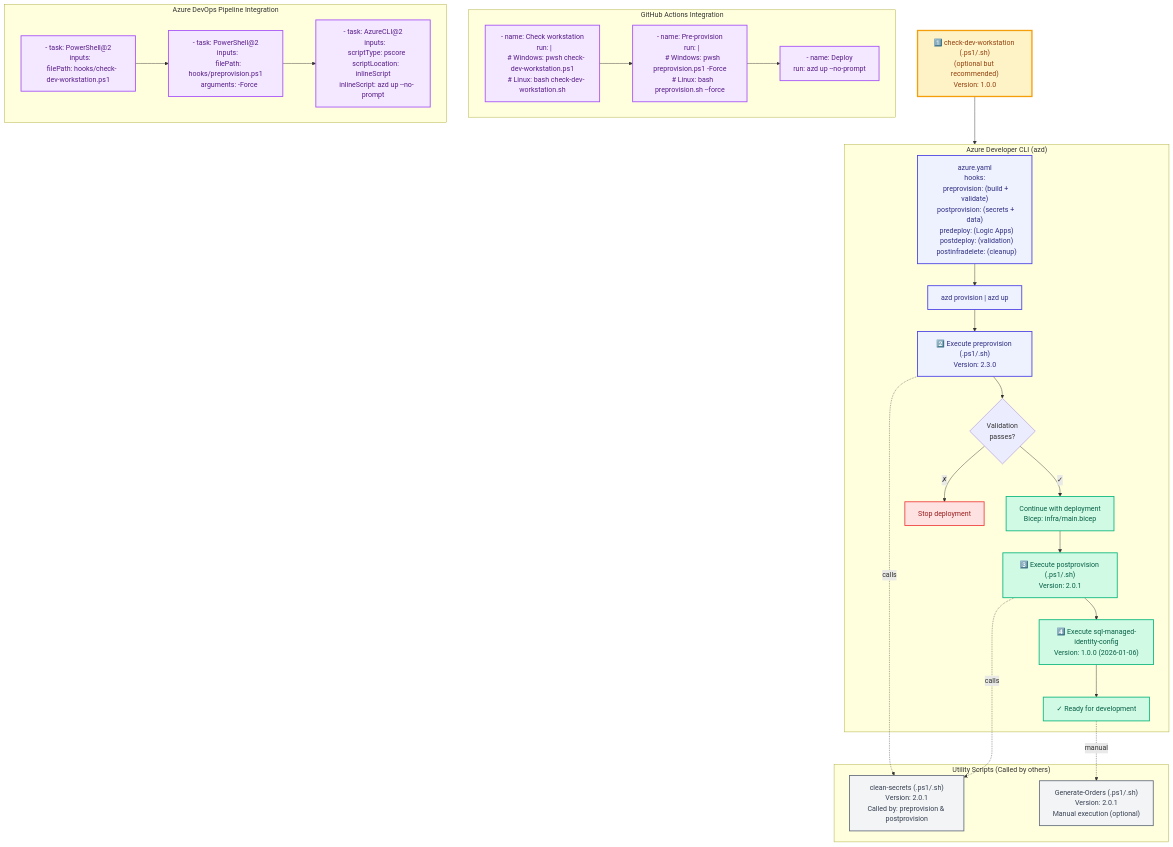
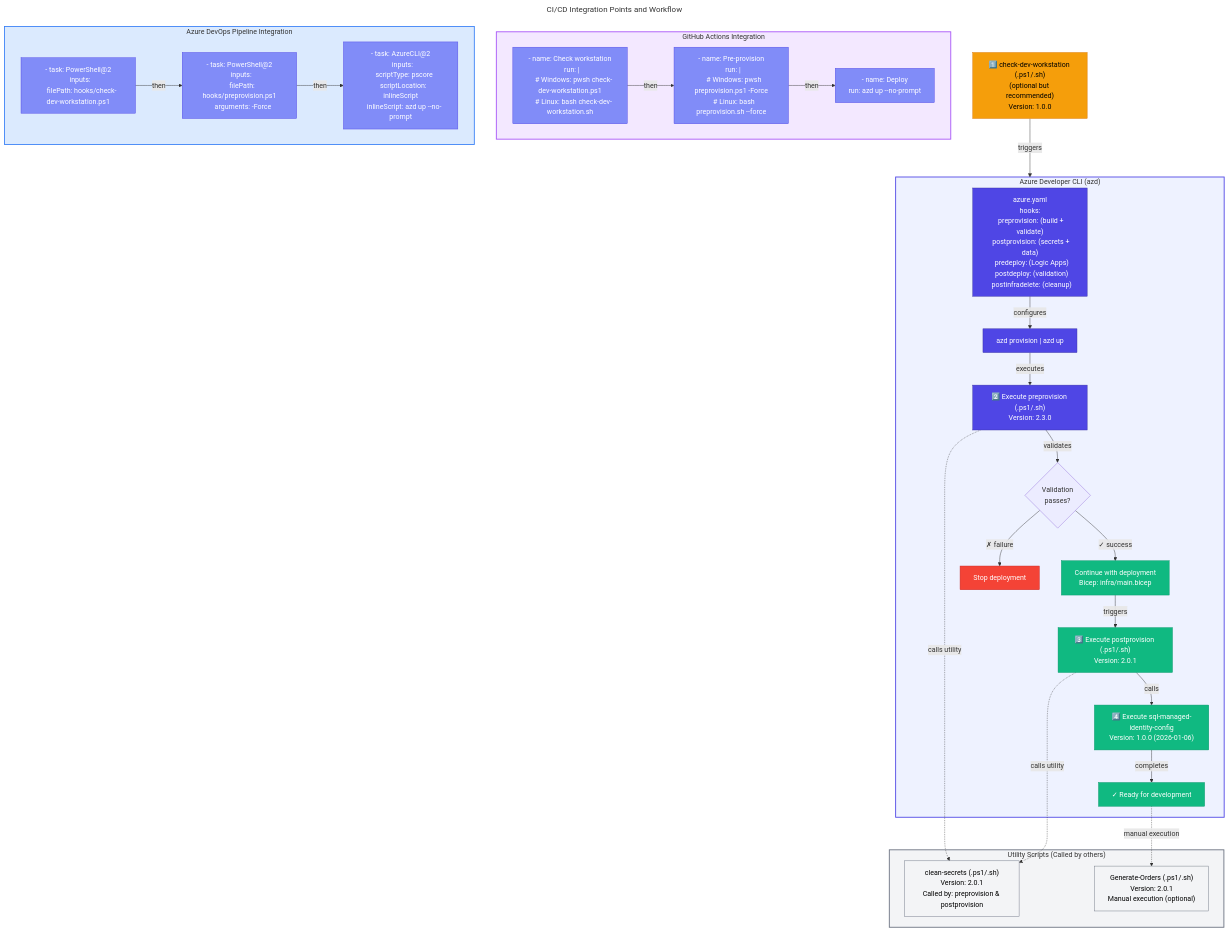
One commit to Evilazaro/Azure-LogicApps-Monitoring changed the sixth of 7 diagrams in docs/hooks/VALIDATION-WORKFLOW.md. Above: the diagram before and after it, drawn with Mermaid. The commit also changed other lines of this file, not shown here.

Commit message:
docs: Enhance mermaid diagrams in VALIDATION-WORKFLOW.md with improved titles, connections, and styling for better clarity and organization

````diff
--- a/docs/hooks/VALIDATION-WORKFLOW.md
+++ b/docs/hooks/VALIDATION-WORKFLOW.md
@@ -376,56 +481,73 @@
 ```mermaid
+---
+title: CI/CD Integration Points and Workflow
+---
 flowchart TD
+    %% ===== CLASS DEFINITIONS =====
+    classDef primary fill:#4F46E5,stroke:#3730A3,color:#FFFFFF
+    classDef secondary fill:#10B981,stroke:#059669,color:#FFFFFF
+    classDef datastore fill:#F59E0B,stroke:#D97706,color:#000000
+    classDef external fill:#6B7280,stroke:#4B5563,color:#FFFFFF,stroke-dasharray: 5 5
+    classDef failed fill:#F44336,stroke:#C62828,color:#FFFFFF
+    classDef trigger fill:#818CF8,stroke:#4F46E5,color:#FFFFFF
+    classDef decision fill:#FFFBEB,stroke:#F59E0B,color:#000000
+    classDef input fill:#F3F4F6,stroke:#6B7280,color:#000000
+
+    %% ===== ENTRY POINT =====
     CheckDev["1️⃣ check-dev-workstation (.ps1/.sh)<br/>(optional but recommended)<br/>Version: 1.0.0"]
-    CheckDev --> AZD
+    CheckDev -->|"triggers"| AZD
 
+    %% ===== AZURE DEVELOPER CLI SECTION =====
     subgraph AZD["Azure Developer CLI (azd)"]
         AzdYaml["azure.yaml<br/>hooks:<br/>  preprovision: (build + validate)<br/>  postprovision: (secrets + data)<br/>  predeploy: (Logic Apps)<br/>  postdeploy: (validation)<br/>  postinfradelete: (cleanup)"]
-        AzdYaml --> AzdCmd["azd provision | azd up"]
-        AzdCmd --> Execute["2️⃣ Execute preprovision (.ps1/.sh)<br/>Version: 2.3.0"]
-        Execute --> Validate{Validation<br/>passes?}
-        Validate -->|✓| Deploy["Continue with deployment<br/>Bicep: infra/main.bicep"]
-        Deploy --> Post["3️⃣ Execute postprovision (.ps1/.sh)<br/>Version: 2.0.1"]
-        Post --> SqlConfig["4️⃣ Execute sql-managed-identity-config<br/>Version: 1.0.0 (2026-01-06)"]
-        SqlConfig --> Ready["✓ Ready for development"]
-        Validate -->|✗| Stop["Stop deployment"]
+        AzdYaml -->|"configures"| AzdCmd["azd provision | azd up"]
+        AzdCmd -->|"executes"| Execute["2️⃣ Execute preprovision (.ps1/.sh)<br/>Version: 2.3.0"]
+        Execute -->|"validates"| Validate{Validation<br/>passes?}
+        Validate -->|"✓ success"| Deploy["Continue with deployment<br/>Bicep: infra/main.bicep"]
+        Deploy -->|"triggers"| Post["3️⃣ Execute postprovision (.ps1/.sh)<br/>Version: 2.0.1"]
+        Post -->|"calls"| SqlConfig["4️⃣ Execute sql-managed-identity-config<br/>Version: 1.0.0 (2026-01-06)"]
+        SqlConfig -->|"completes"| Ready["✓ Ready for development"]
+        Validate -->|"✗ failure"| Stop["Stop deployment"]
     end
+    style AZD fill:#EEF2FF,stroke:#4F46E5,stroke-width:2px
 
+    %% ===== UTILITY SCRIPTS SECTION =====
     subgraph Utilities["Utility Scripts (Called by others)"]
         CleanSec["clean-secrets (.ps1/.sh)<br/>Version: 2.0.1<br/>Called by: preprovision & postprovision"]
         GenOrd["Generate-Orders (.ps1/.sh)<br/>Version: 2.0.1<br/>Manual execution (optional)"]
     end
+    style Utilities fill:#F3F4F6,stroke:#6B7280,stroke-width:2px
 
+    %% ===== GITHUB ACTIONS SECTION =====
     subgraph GitHub["GitHub Actions Integration"]
         GHAction1["- name: Check workstation<br/>  run: |<br/>    # Windows: pwsh check-dev-workstation.ps1<br/>    # Linux: bash check-dev-workstation.sh"]
         GHAction2["- name: Pre-provision<br/>  run: |<br/>    # Windows: pwsh preprovision.ps1 -Force<br/>    # Linux: bash preprovision.sh --force"]
         GHAction3["- name: Deploy<br/>  run: azd up --no-prompt"]
-        GHAction1 --> GHAction2
-        GHAction2 --> GHAction3
+        GHAction1 -->|"then"| GHAction2
+        GHAction2 -->|"then"| GHAction3
     end
+    style GitHub fill:#F3E8FF,stroke:#A855F7,stroke-width:2px
 
+    %% ===== AZURE DEVOPS SECTION =====
     subgraph AzureDevOps["Azure DevOps Pipeline Integration"]
         ADOTask1["- task: PowerShell@2<br/>  inputs:<br/>    filePath: hooks/check-dev-workstation.ps1"]
         ADOTask2["- task: PowerShell@2<br/>  inputs:<br/>    filePath: hooks/preprovision.ps1<br/>    arguments: -Force"]
         ADOTask3["- task: AzureCLI@2<br/>  inputs:<br/>    scriptType: pscore<br/>    scriptLocation: inlineScript<br/>    inlineScript: azd up --no-prompt"]
-        ADOTask1 --> ADOTask2
-        ADOTask2 --> ADOTask3
+        ADOTask1 -->|"then"| ADOTask2
+        ADOTask2 -->|"then"| ADOTask3
     end
+    style AzureDevOps fill:#DBEAFE,stroke:#3B82F6,stroke-width:2px
 
-    Execute -.calls.-> CleanSec
-    Post -.calls.-> CleanSec
-    Ready -.manual.-> GenOrd
+    %% ===== CROSS-SUBGRAPH CONNECTIONS =====
+    Execute -."calls utility".-> CleanSec
+    Post -."calls utility".-> CleanSec
+    Ready -."manual execution".-> GenOrd
 
-    classDef devClass fill:#FEF3C7,stroke:#F59E0B,stroke-width:3px,color:#92400E
-    classDef azdClass fill:#EEF2FF,stroke:#4F46E5,stroke-width:2px,color:#312E81
-    classDef ciClass fill:#F3E8FF,stroke:#A855F7,stroke-width:2px,color:#581C87
-    classDef successClass fill:#D1FAE5,stroke:#10B981,stroke-width:2px,color:#065F46
-    classDef failClass fill:#FEE2E2,stroke:#EF4444,stroke-width:2px,color:#991B1B
-    classDef utilClass fill:#F3F4F6,stroke:#6B7280,stroke-width:2px,color:#374151
-
-    class CheckDev devClass
-    class AzdYaml,AzdCmd,Execute azdClass
-    class GHAction1,GHAction2,GHAction3,ADOTask1,ADOTask2,ADOTask3 ciClass
-    class Deploy,Post,SqlConfig,Ready successClass
-    class Stop failClass
-    class CleanSec,GenOrd utilClass
+    %% ===== APPLY STYLES =====
+    class CheckDev datastore
+    class AzdYaml,AzdCmd,Execute primary
+    class GHAction1,GHAction2,GHAction3,ADOTask1,ADOTask2,ADOTask3 trigger
+    class Deploy,Post,SqlConfig,Ready secondary
+    class Stop failed
+    class CleanSec,GenOrd input
 ```
````
